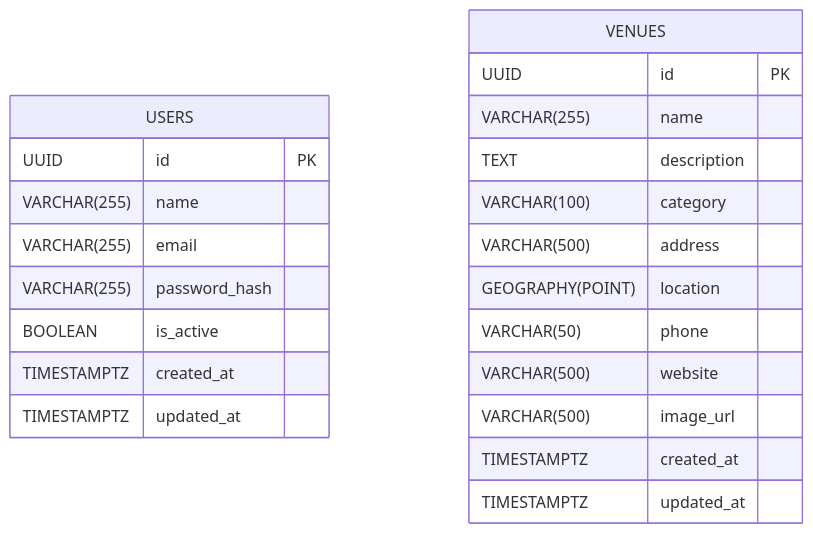
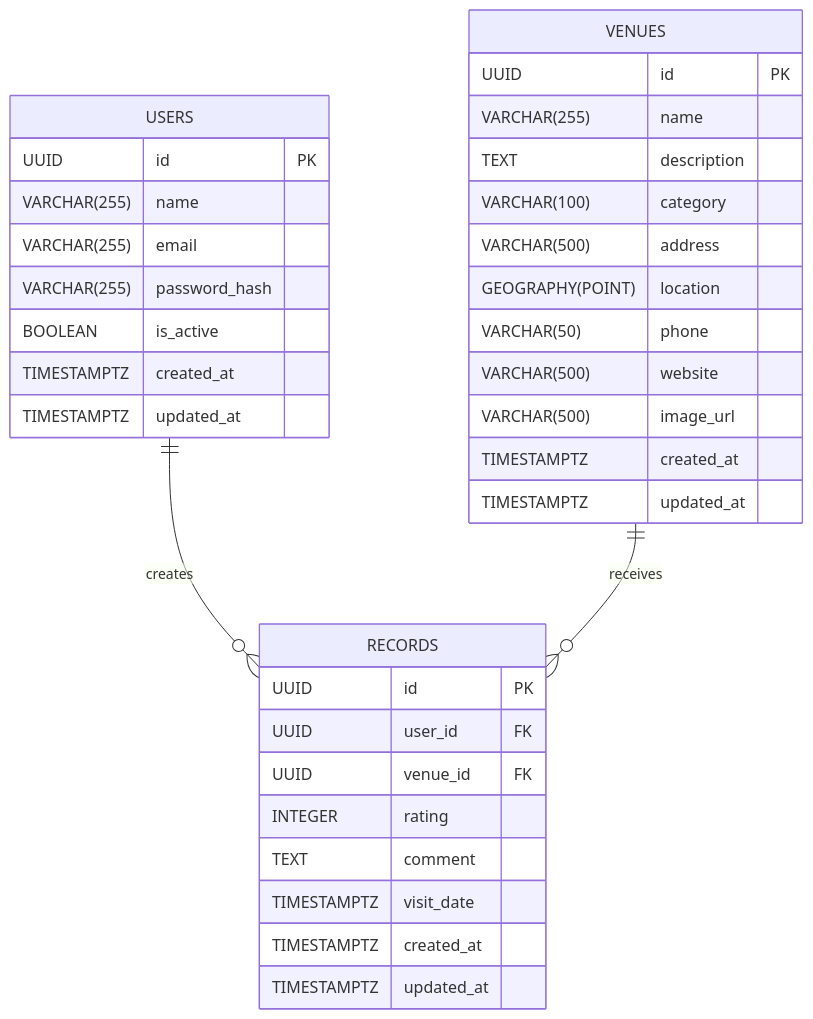
One commit to Josejgs1/Trabalho_Pratico-ES changed the diagram in docs/setup/database-schema.md. Above: the diagram before and after it, drawn with Mermaid. The commit also changed other lines of this file, not shown here.

````diff
--- a/docs/setup/database-schema.md
+++ b/docs/setup/database-schema.md
@@ -9,25 +9,37 @@
 ```mermaid
 erDiagram
     USERS {
         UUID id PK
         VARCHAR(255) name
         VARCHAR(255) email
         VARCHAR(255) password_hash
         BOOLEAN is_active
         TIMESTAMPTZ created_at
         TIMESTAMPTZ updated_at
     }
     VENUES {
         UUID id PK
         VARCHAR(255) name
         TEXT description
         VARCHAR(100) category
         VARCHAR(500) address
         GEOGRAPHY(POINT) location
         VARCHAR(50) phone
         VARCHAR(500) website
         VARCHAR(500) image_url
         TIMESTAMPTZ created_at
         TIMESTAMPTZ updated_at
     }
+    RECORDS {
+        UUID id PK
+        UUID user_id FK
+        UUID venue_id FK
+        INTEGER rating
+        TEXT comment
+        TIMESTAMPTZ visit_date
+        TIMESTAMPTZ created_at
+        TIMESTAMPTZ updated_at
+    }
+    USERS ||--o{ RECORDS : creates
+    VENUES ||--o{ RECORDS : receives
 ```
````
